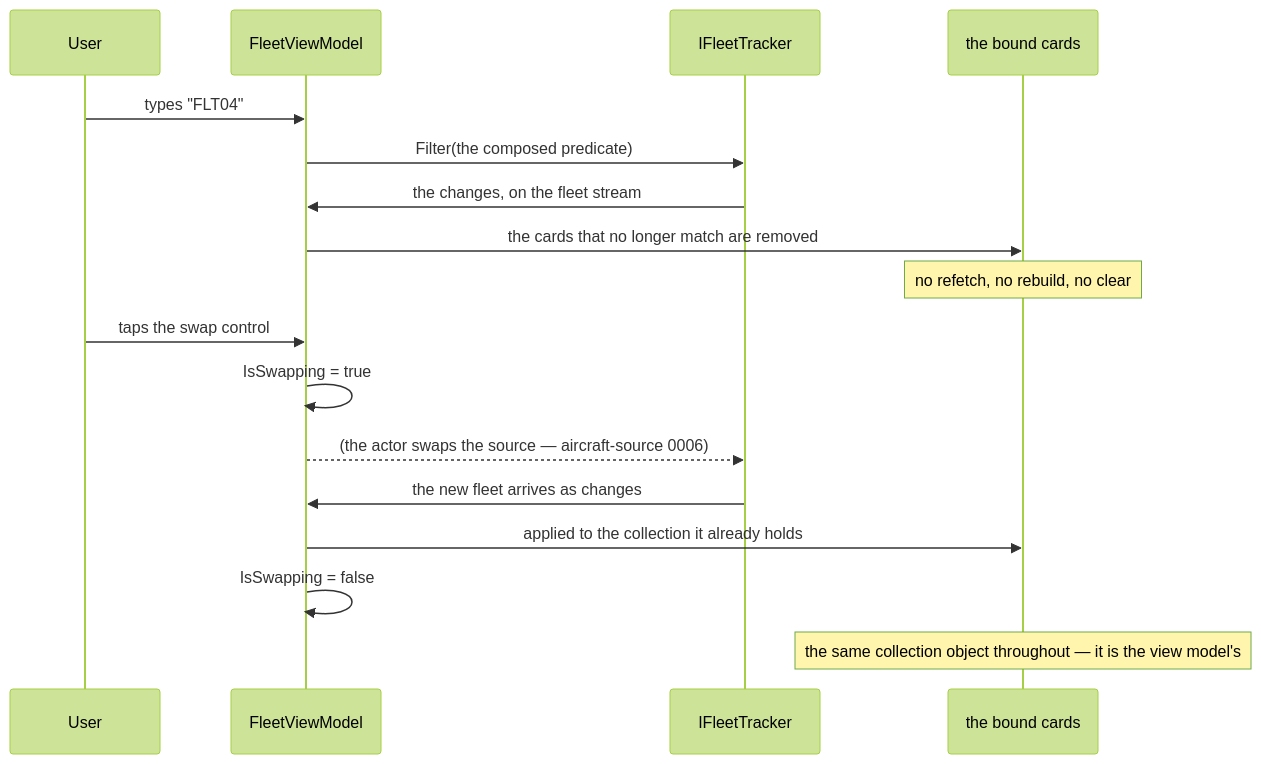
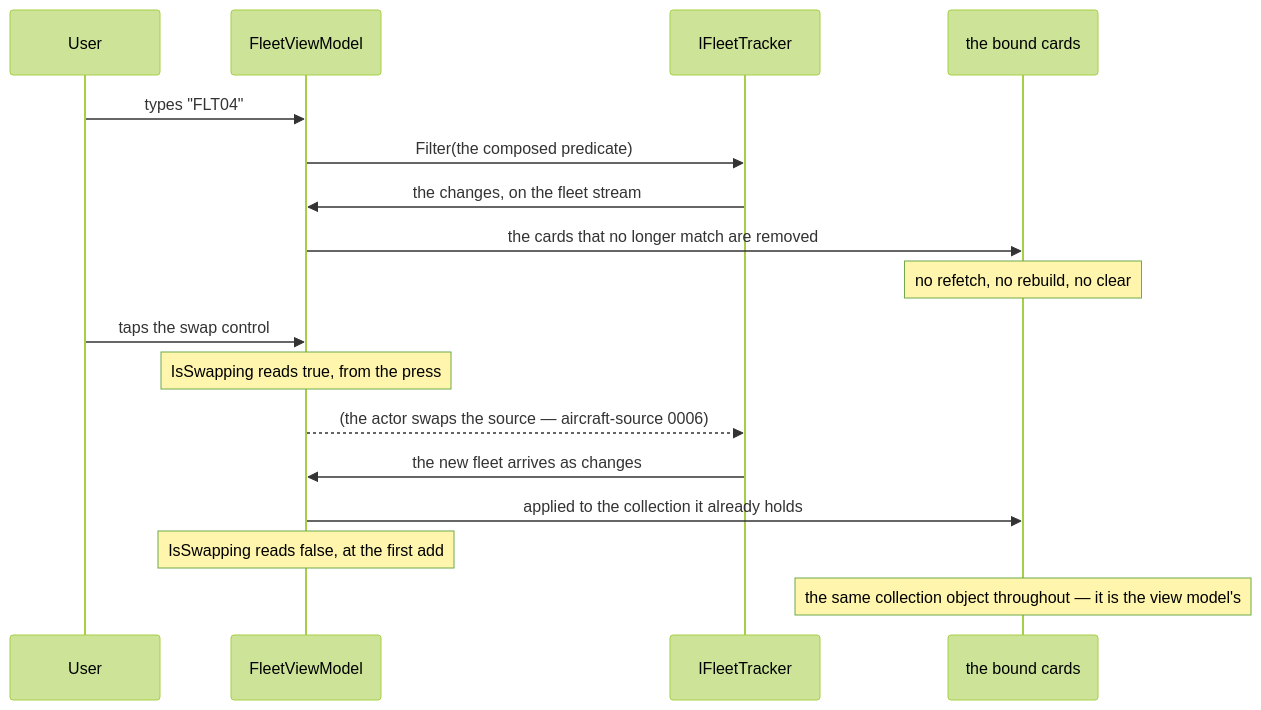
The second of 3 diagrams in src/Transporter/Features/Fleet/.spec/README.md (RLittlesII/Transporter), drawn with Mermaid (forest theme) before and after one commit. The commit also changed other lines of this file and 21 other files, not shown here.

````diff
--- a/src/Transporter/Features/Fleet/.spec/README.md
+++ b/src/Transporter/Features/Fleet/.spec/README.md
@@ -333,19 +333,19 @@
 ```mermaid
 sequenceDiagram
     participant User
     participant VM as FleetViewModel
     participant Tracker as IFleetTracker
     participant Cards as the bound cards
     User->>VM: types "FLT04"
     VM->>Tracker: Filter(the composed predicate)
     Tracker->>VM: the changes, on the fleet stream
     VM->>Cards: the cards that no longer match are removed
     Note over Cards: no refetch, no rebuild, no clear
     User->>VM: taps the swap control
-    VM->>VM: IsSwapping = true
+    Note over VM: IsSwapping reads true, from the press
     VM-->>Tracker: (the actor swaps the source — aircraft-source 0006)
     Tracker->>VM: the new fleet arrives as changes
     VM->>Cards: applied to the collection it already holds
-    VM->>VM: IsSwapping = false
+    Note over VM: IsSwapping reads false, at the first add
     Note over Cards: the same collection object throughout — it is the view model's
 ```
````
